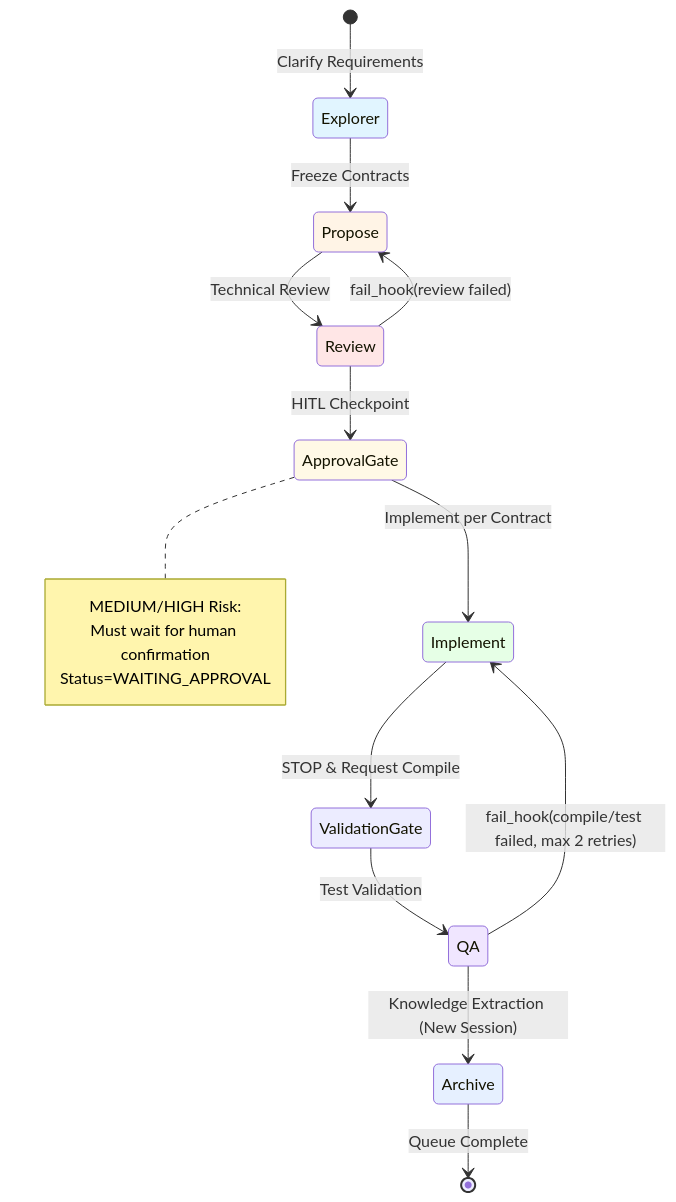
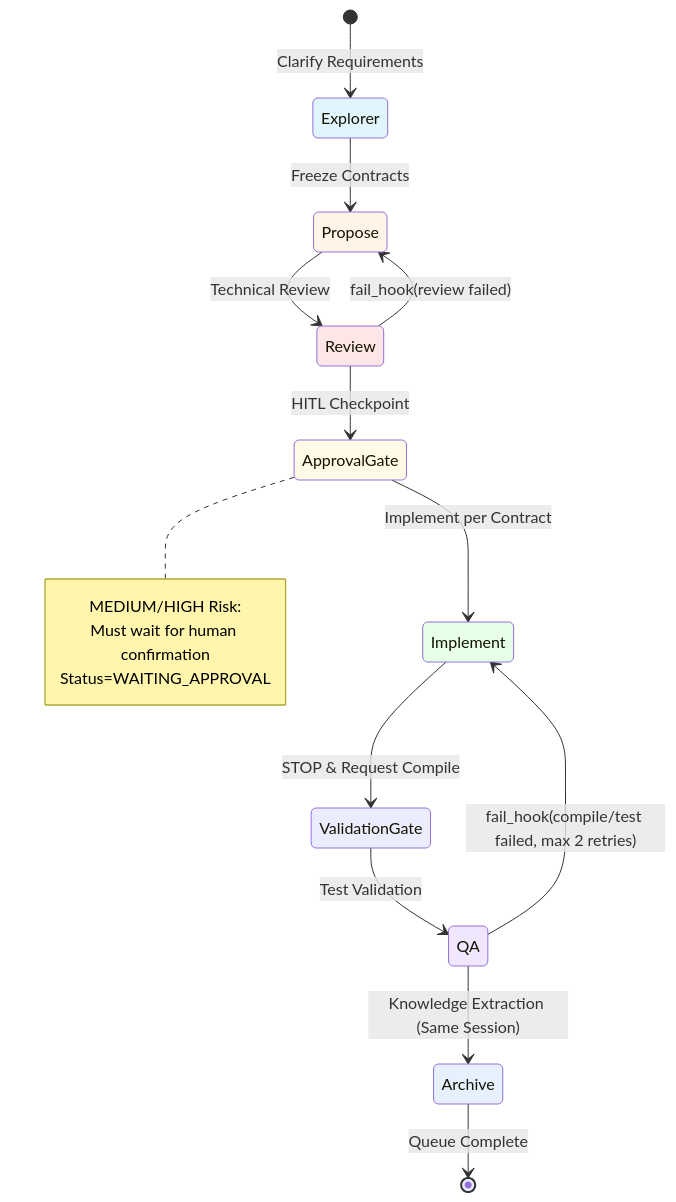
The second of 5 diagrams in README.md (listener-He/java-harness-agent), drawn with Mermaid before and after one commit. The commit also changed other lines of this file and 4 other files, not shown here.

````diff
--- a/README.md
+++ b/README.md
@@ -305,29 +307,29 @@
 ```mermaid
 stateDiagram-v2
     [*] --> Explorer: Clarify Requirements
     Explorer --> Propose: Freeze Contracts
     Propose --> Review: Technical Review
     Review --> ApprovalGate: HITL Checkpoint
     ApprovalGate --> Implement: Implement per Contract
     Implement --> ValidationGate: STOP & Request Compile
     ValidationGate --> QA: Test Validation
-    QA --> Archive: Knowledge Extraction (New Session)
+    QA --> Archive: Knowledge Extraction (Same Session)
     Archive --> [*]: Queue Complete
     
     Review --> Propose: fail_hook(review failed)
     QA --> Implement: fail_hook(compile/test failed, max 2 retries)
     
     note right of ApprovalGate
         MEDIUM/HIGH Risk:
         Must wait for human confirmation
         Status=WAITING_APPROVAL
     end note
     
     style Explorer fill:#e1f5ff
     style Propose fill:#fff4e6
     style Review fill:#ffe6e6
     style ApprovalGate fill:#fff9e6
     style Implement fill:#e6ffe6
     style QA fill:#f0e6ff
     style Archive fill:#e6f0ff
 ```
````
